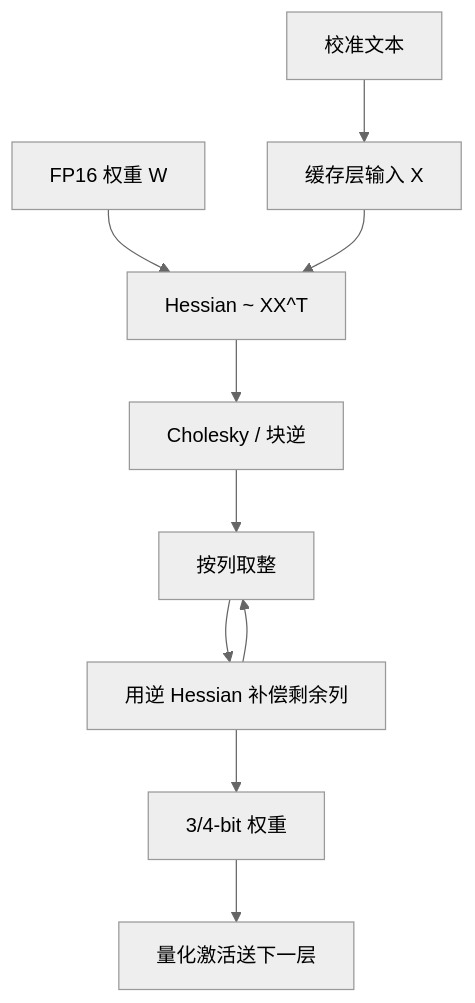
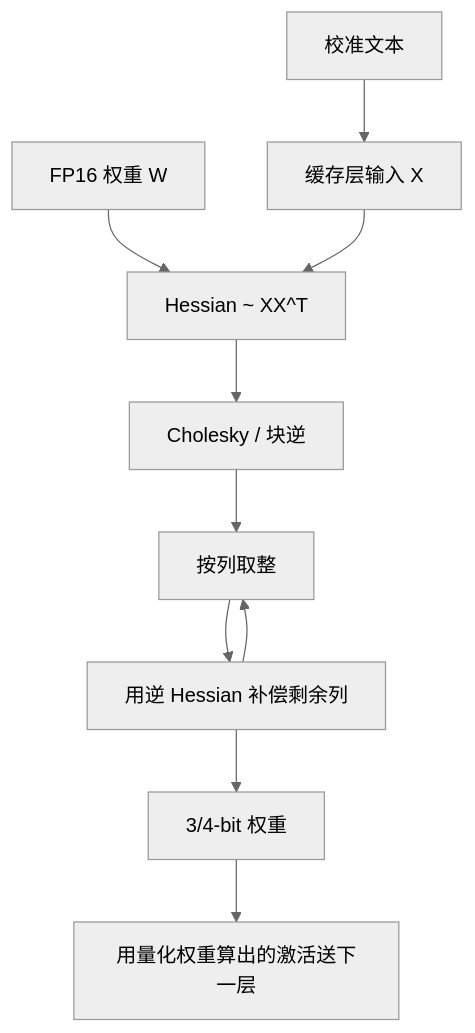
One commit to xhongduo-tech/xhongduo-tech.github.io changed the diagram in docs/llm/gptq.md. Above: the diagram before and after it, drawn with Mermaid (neutral theme). The commit also changed other lines of this file and 2401 other files, not shown here.

````diff
--- a/docs/llm/gptq.md
+++ b/docs/llm/gptq.md
@@ -40,12 +40,12 @@
 ```mermaid
 flowchart TD
   CAL["校准文本"] --> X["缓存层输入 X"]
   W["FP16 权重 W"] --> H["Hessian ~ XX^T"]
   X --> H
   H --> CHO["Cholesky / 块逆"]
   CHO --> COL["按列取整"]
   COL --> CMP["用逆 Hessian 补偿剩余列"]
   CMP --> COL
   CMP --> Q["3/4-bit 权重"]
-  Q --> NEXT["量化激活送下一层"]
+  Q --> NEXT["用量化权重算出的激活送下一层"]
 ```
````
